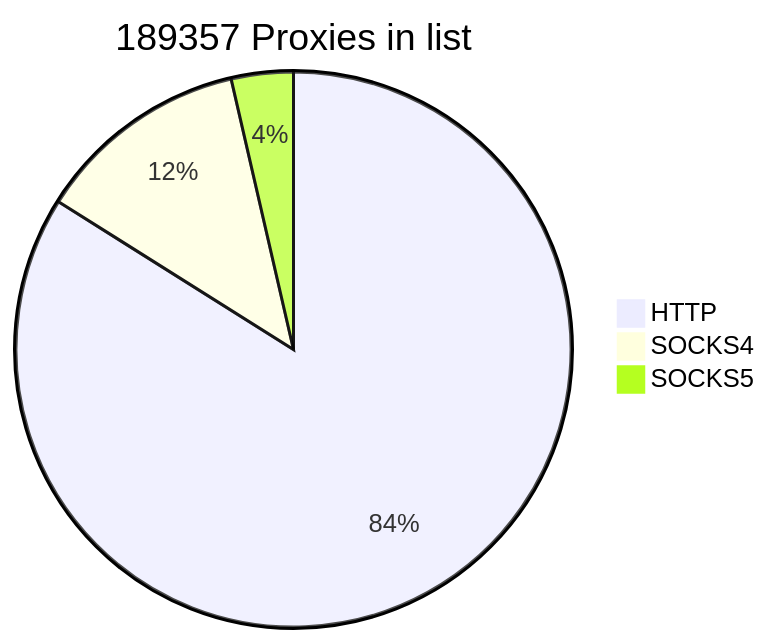
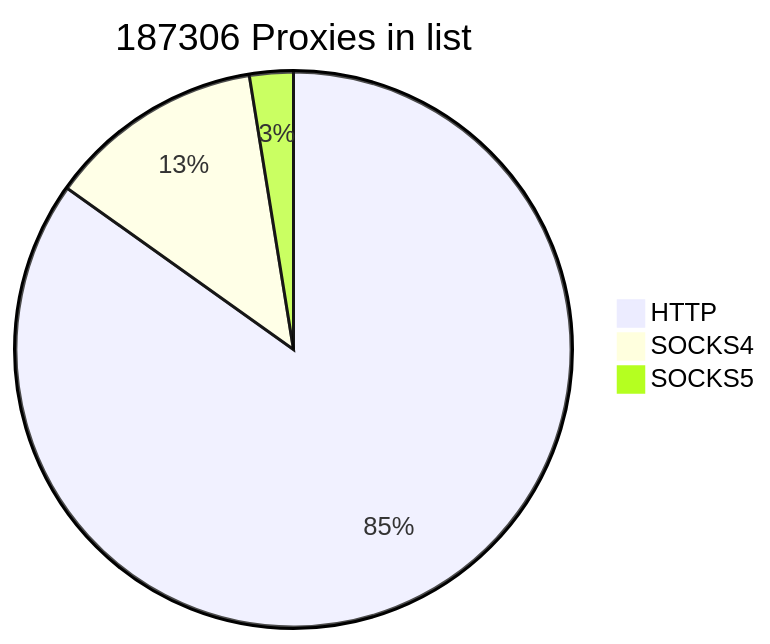
The first of 2 diagrams in README.md (cutipu/proxylist), drawn with Mermaid before and after one commit. The commit also changed other lines of this file, not shown here.

````diff
--- a/README.md
+++ b/README.md
@@ -2,7 +2,7 @@
 ```mermaid
-pie title 189357 Proxies in list
+pie title 187306 Proxies in list
     "HTTP" : 158936
-    "SOCKS4" : 23595
-    "SOCKS5" : 6826
+    "SOCKS4" : 23598
+    "SOCKS5" : 4772
             
 ```
````
